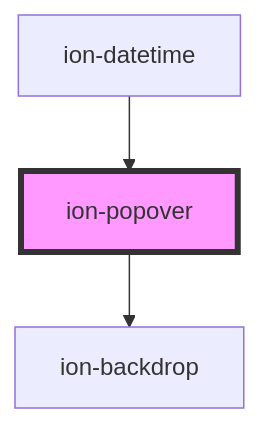
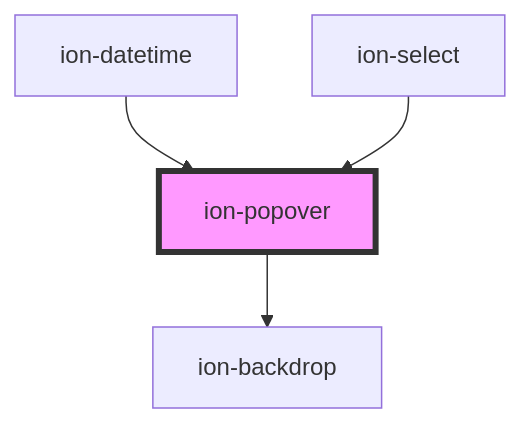
One commit to Ryu9425/ang_ionic changed the diagram in core/src/components/popover/readme.md. Above: the diagram before and after it, drawn with Mermaid. The commit also changed other lines of this file and 3 other files, not shown here.

````diff
--- a/core/src/components/popover/readme.md
+++ b/core/src/components/popover/readme.md
@@ -1083,6 +1084,7 @@
 ```mermaid
 graph TD;
   ion-popover --> ion-backdrop
   ion-datetime --> ion-popover
+  ion-select --> ion-popover
   style ion-popover fill:#f9f,stroke:#333,stroke-width:4px
 ```
````
